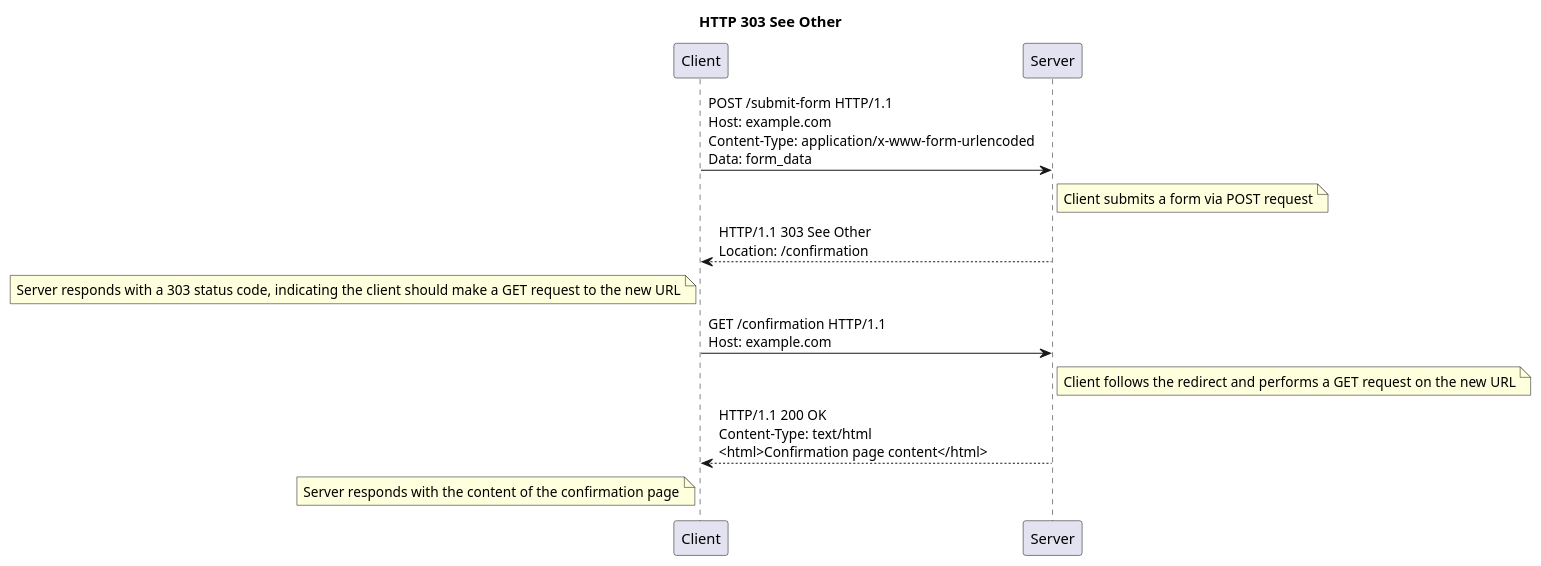
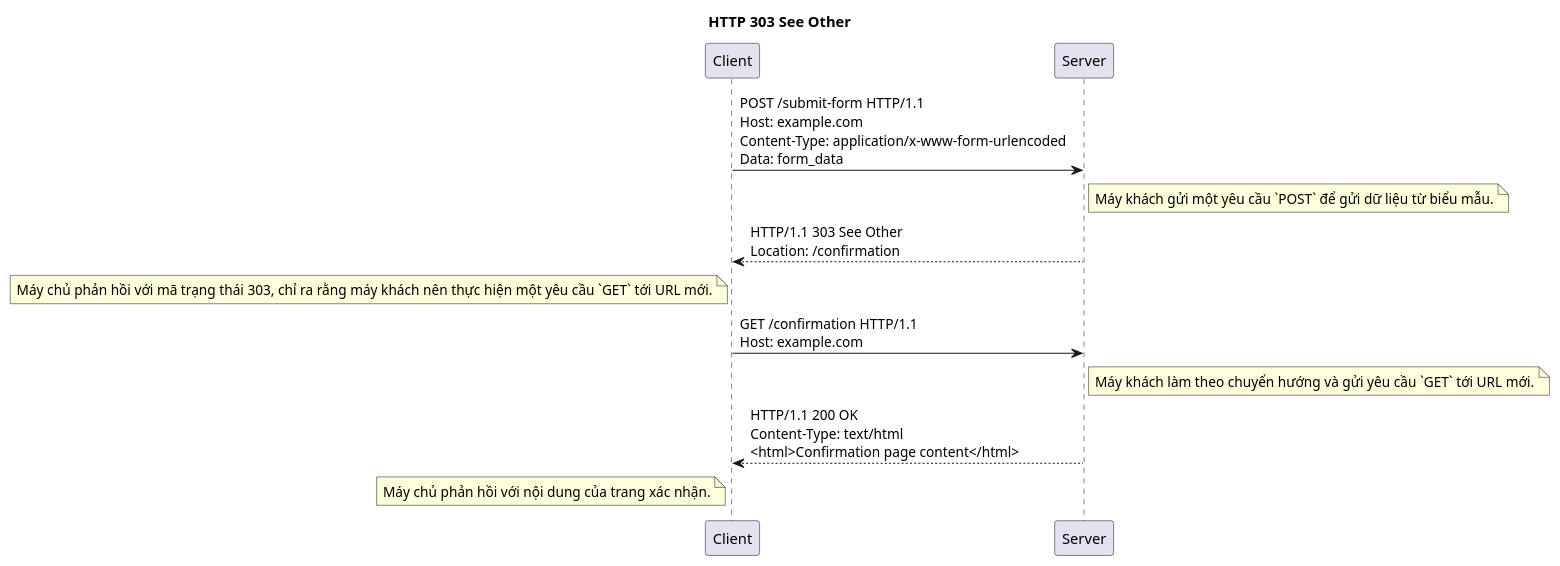
Before and after one commit to thanhlv-com/thanhlv-blog: diagram 14 of 26 in packages/apps/src/blog/2024-12-05-y-nghia-cua-cac-http-status-code.md, drawn with PlantUML. The commit also changed other lines of this file and 3 other files, not shown here.

````diff
--- a/packages/apps/src/blog/2024-12-05-y-nghia-cua-cac-http-status-code.md
+++ b/packages/apps/src/blog/2024-12-05-y-nghia-cua-cac-http-status-code.md
@@ -495,22 +492,21 @@
 ```plantuml
 @startuml
 
 title HTTP 303 See Other
 
 participant "Client" as C
 participant "Server" as S
 
 C -> S: POST /submit-form HTTP/1.1\nHost: example.com\nContent-Type: application/x-www-form-urlencoded\nData: form_data
-note right of S: Client submits a form via POST request
+note right of S: Máy khách gửi một yêu cầu `POST` để gửi dữ liệu từ biểu mẫu.
 
 S --> C: HTTP/1.1 303 See Other\nLocation: /confirmation
-note left of C: Server responds with a 303 status code, indicating the client should make a GET request to the new URL
+note left of C: Máy chủ phản hồi với mã trạng thái 303, chỉ ra rằng máy khách nên thực hiện một yêu cầu `GET` tới URL mới.
 
 C -> S: GET /confirmation HTTP/1.1\nHost: example.com
-note right of S: Client follows the redirect and performs a GET request on the new URL
+note right of S: Máy khách làm theo chuyển hướng và gửi yêu cầu `GET` tới URL mới.
 
 S --> C: HTTP/1.1 200 OK\nContent-Type: text/html\n<html>Confirmation page content</html>
-note left of C: Server responds with the content of the confirmation page
-
+note left of C: Máy chủ phản hồi với nội dung của trang xác nhận.
 @enduml
 ```
````
